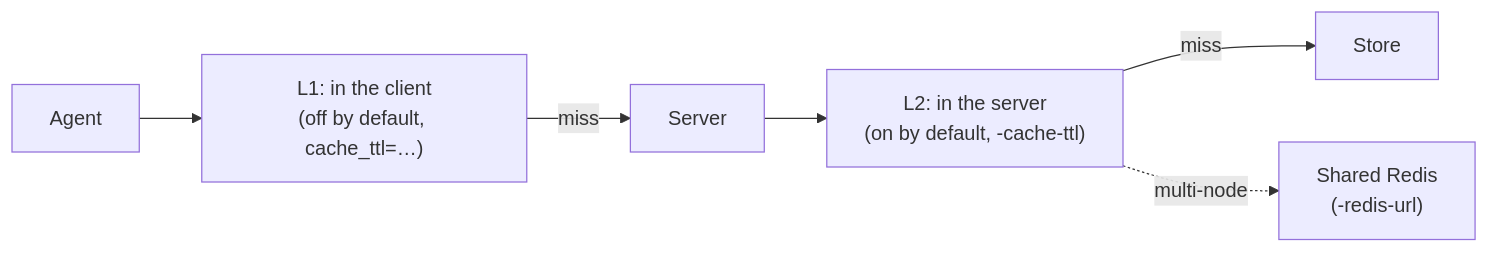
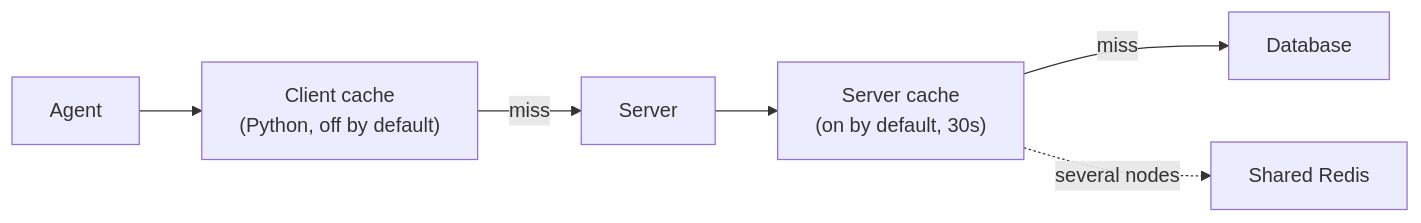
The diagram in docs/docs/operations/caching.md (priompt/priompt-dot-com), drawn with Mermaid before and after one commit. The commit also changed other lines of this file and 76 other files, not shown here.

````diff
--- a/docs/docs/operations/caching.md
+++ b/docs/docs/operations/caching.md
@@ -9,8 +12,8 @@
 ```mermaid
 flowchart LR
-    A["Agent"] --> L1["L1: in the client<br/>(off by default, cache_ttl=…)"]
+    A["Agent"] --> L1["Client cache<br/>(Python, off by default)"]
     L1 -->|miss| S["Server"]
-    S --> L2["L2: in the server<br/>(on by default, -cache-ttl)"]
-    L2 -->|miss| DB["Store"]
-    L2 -.->|"multi-node"| RD["Shared Redis<br/>(-redis-url)"]
+    S --> L2["Server cache<br/>(on by default, 30s)"]
+    L2 -->|miss| DB["Database"]
+    L2 -.->|"several nodes"| RD["Shared Redis"]
 ```
````
